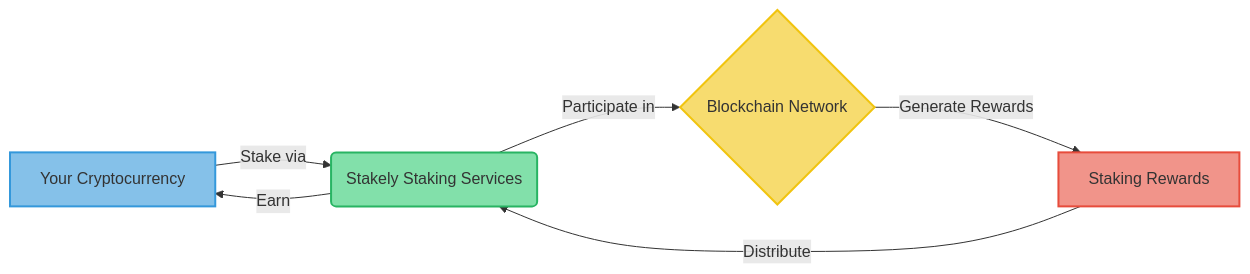
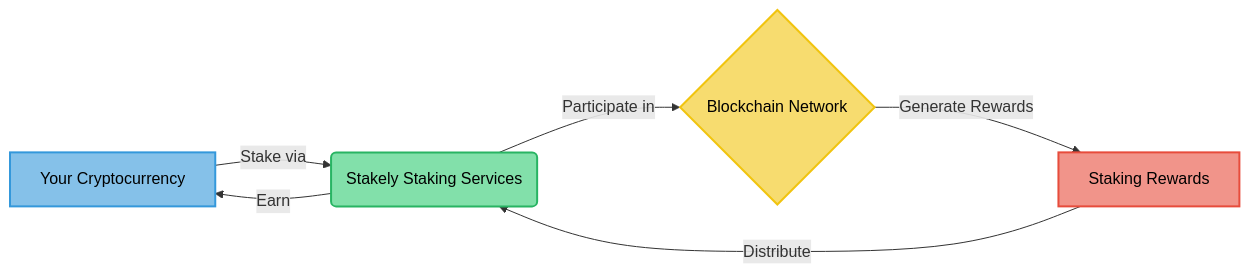
Before and after one commit to Stakely/stakely-docs: the first of 2 diagrams in docs/staking-api/what-is-staking.md, drawn with Mermaid.

Commit message:
fix: mermaid diagram text color dark mode

````diff
--- a/docs/staking-api/what-is-staking.md
+++ b/docs/staking-api/what-is-staking.md
@@ -31,13 +31,13 @@
 ```mermaid
 graph LR
     A[Your Cryptocurrency] -->|Stake via| B(Stakely Staking Services)
     B -->|Participate in| C{Blockchain Network}
     C -->|Generate Rewards| D[Staking Rewards]
     D -->|Distribute| B
     B -->|Earn| A
 
-    style A fill:#85C1E9,stroke:#3498DB,stroke-width:2px
-    style B fill:#82E0AA,stroke:#28B463,stroke-width:2px
-    style C fill:#F7DC6F,stroke:#F1C40F,stroke-width:2px
-    style D fill:#F1948A,stroke:#E74C3C,stroke-width:2px
+    style A fill:#85C1E9,stroke:#3498DB,stroke-width:2px,color:#000000
+    style B fill:#82E0AA,stroke:#28B463,stroke-width:2px,color:#000000
+    style C fill:#F7DC6F,stroke:#F1C40F,stroke-width:2px,color:#000000
+    style D fill:#F1948A,stroke:#E74C3C,stroke-width:2px,color:#000000
 ```
````
